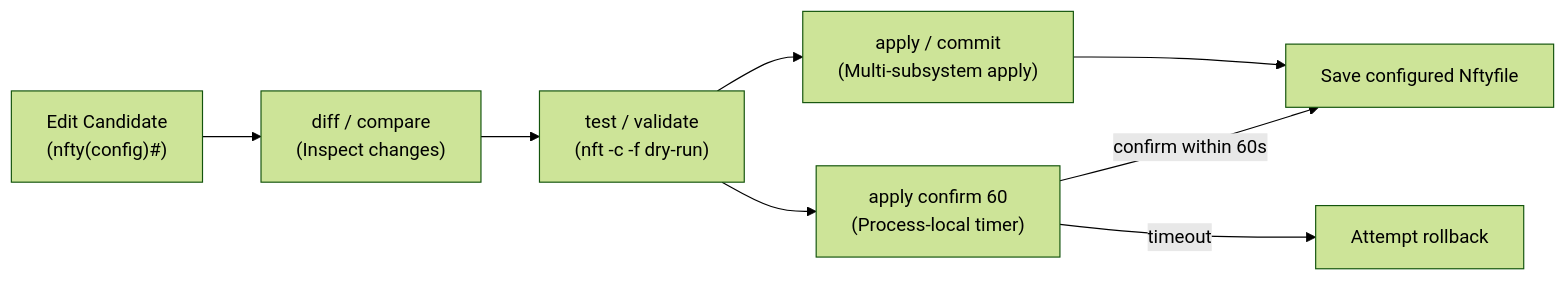
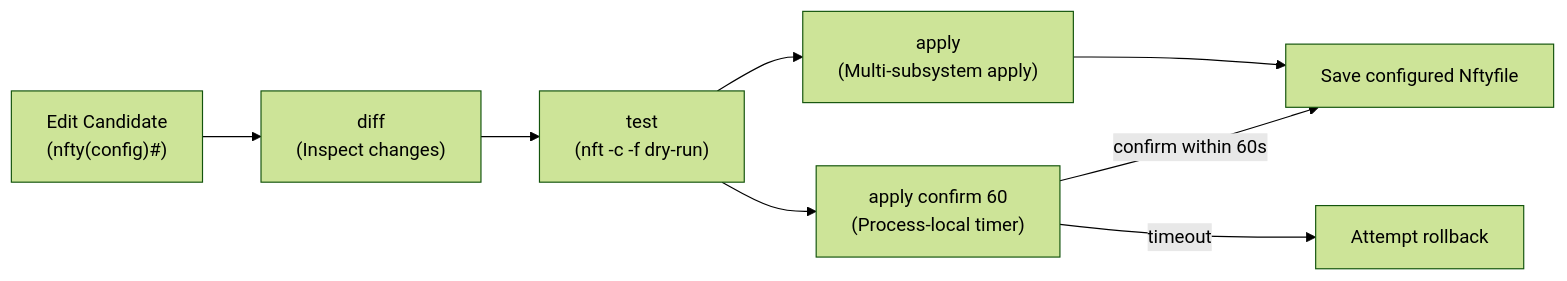
Before and after one commit to grsmith-projects/nfty: the second of 2 diagrams in docs/interactive-cli-and-tui.md, drawn with Mermaid (forest theme). The commit also changed other lines of this file and 32 other files, not shown here.

````diff
--- a/docs/interactive-cli-and-tui.md
+++ b/docs/interactive-cli-and-tui.md
@@ -237,10 +233,10 @@
 ```mermaid
 flowchart LR
-    Edit["Edit Candidate<br/>(nfty(config)#)"] --> Diff["diff / compare<br/>(Inspect changes)"]
-    Diff --> Test["test / validate<br/>(nft -c -f dry-run)"]
-    Test --> Apply["apply / commit<br/>(Multi-subsystem apply)"]
+    Edit["Edit Candidate<br/>(nfty(config)#)"] --> Diff["diff<br/>(Inspect changes)"]
+    Diff --> Test["test<br/>(nft -c -f dry-run)"]
+    Test --> Apply["apply<br/>(Multi-subsystem apply)"]
     Test --> ApplyConfirm["apply confirm 60<br/>(Process-local timer)"]
     ApplyConfirm -->|"confirm within 60s"| Saved["Save configured Nftyfile"]
     ApplyConfirm -->|"timeout"| AutoRollback["Attempt rollback"]
     Apply --> Saved
 ```
````
